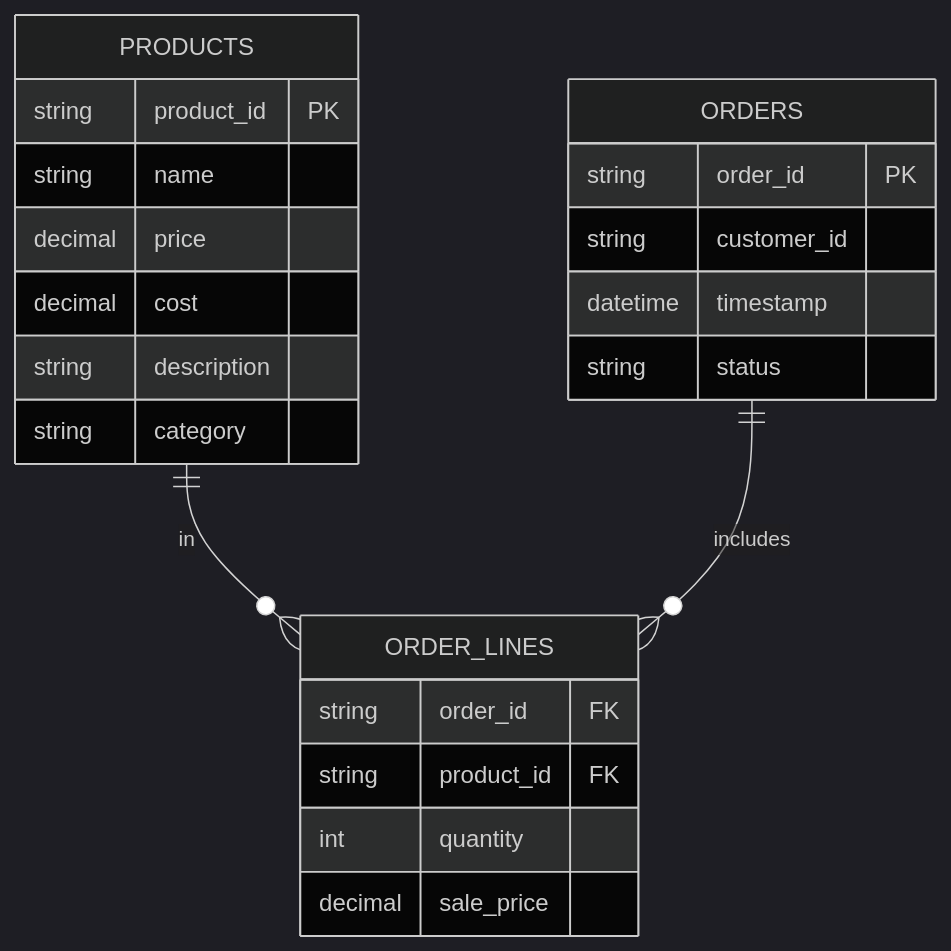
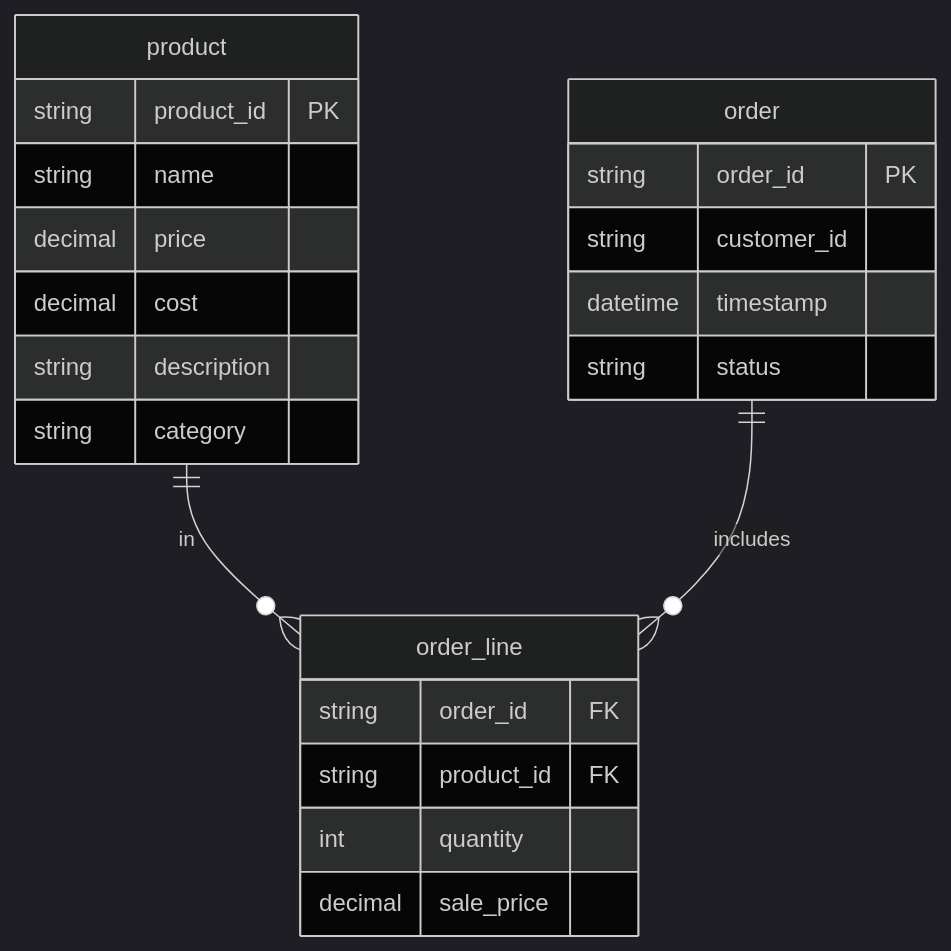
The first of 2 diagrams in README.md (starlake-ai/StarBake), drawn with Mermaid (dark theme) before and after one commit. The commit also changed other lines of this file and 17 other files, not shown here.

````diff
--- a/README.md
+++ b/README.md
@@ -36,29 +36,29 @@
 ```mermaid
 erDiagram
-    PRODUCTS ||--o{ ORDER_LINES : "in"
-    ORDERS ||--o{ ORDER_LINES : "includes"
+    product ||--o{ order_line : "in"
+    order ||--o{ order_line : "includes"
 
-    ORDERS {
+    order {
         string order_id PK
         string customer_id 
         datetime timestamp
         string status
     }
 
-    ORDER_LINES {
+    order_line {
         string order_id FK
         string product_id FK
         int quantity
         decimal sale_price
     }
 
-    PRODUCTS {
+    product {
         string product_id PK
         string name
         decimal price
         decimal cost
         string description
         string category
     }
 
 ```
````
